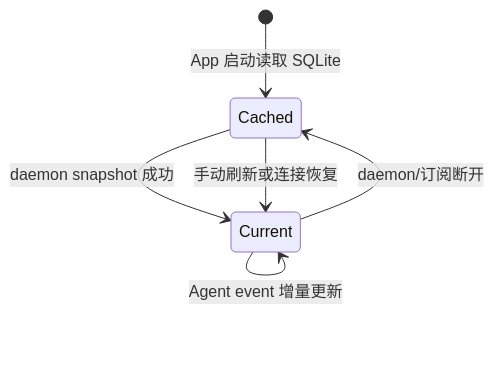
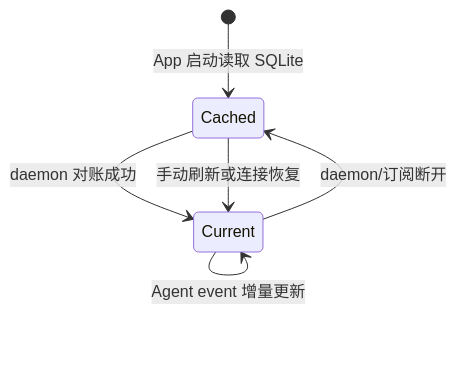
Before and after one commit to AFutureD/Lumi: the second of 2 diagrams in docs/design/application-runtime.md, drawn with Mermaid. The commit also changed other lines of this file and 38 other files, not shown here.

````diff
--- a/docs/design/application-runtime.md
+++ b/docs/design/application-runtime.md
@@ -143,8 +143,8 @@
 ```mermaid
 stateDiagram-v2
     [*] --> Cached: App 启动读取 SQLite
-    Cached --> Current: daemon snapshot 成功
+    Cached --> Current: daemon 对账成功
     Current --> Current: Agent event 增量更新
     Current --> Cached: daemon/订阅断开
     Cached --> Current: 手动刷新或连接恢复
 ```
````
